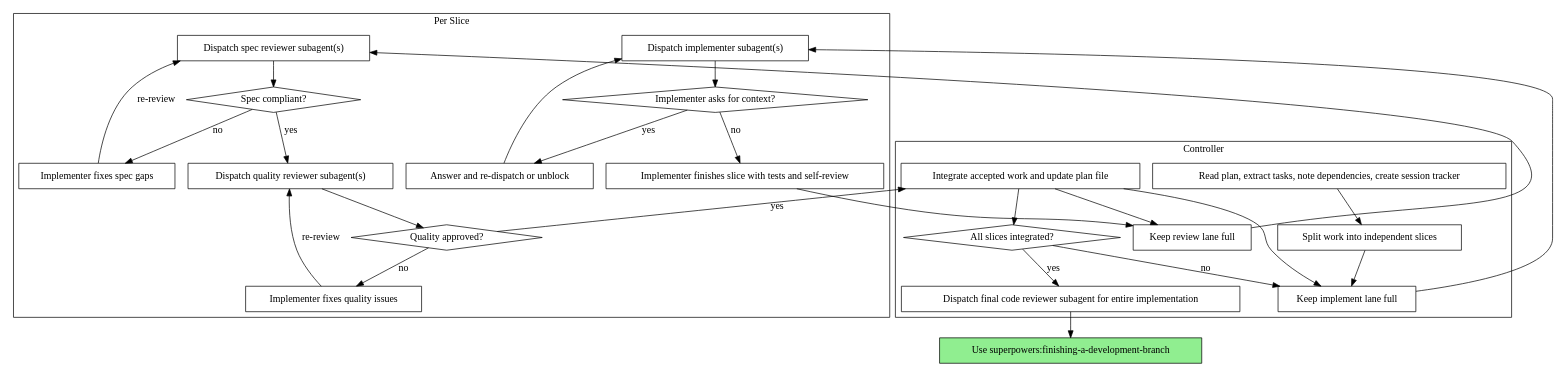
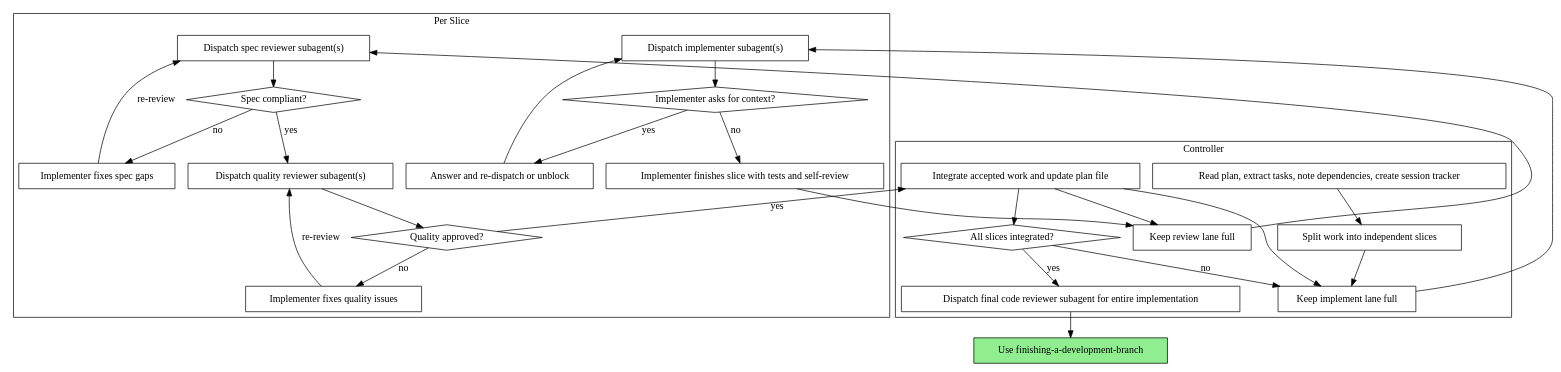
Before and after one commit to builtin-pb/codex-customization: the second of 2 diagrams in home/skills/orchestration/subagent-driven-development/SKILL.md, drawn with Graphviz. The commit also changed other lines of this file and 24 other files, not shown here.

````diff
--- a/home/skills/orchestration/subagent-driven-development/SKILL.md
+++ b/home/skills/orchestration/subagent-driven-development/SKILL.md
@@ -58,56 +58,56 @@
 ```dot
 digraph process {
     rankdir=TB;
 
     subgraph cluster_controller {
         label="Controller";
         "Read plan, extract tasks, note dependencies, create session tracker" [shape=box];
         "Split work into independent slices" [shape=box];
         "Keep implement lane full" [shape=box];
         "Keep review lane full" [shape=box];
         "Integrate accepted work and update plan file" [shape=box];
         "All slices integrated?" [shape=diamond];
         "Dispatch final code reviewer subagent for entire implementation" [shape=box];
     }
 
     subgraph cluster_loop {
         label="Per Slice";
         "Dispatch implementer subagent(s)" [shape=box];
         "Implementer asks for context?" [shape=diamond];
         "Answer and re-dispatch or unblock" [shape=box];
         "Implementer finishes slice with tests and self-review" [shape=box];
         "Dispatch spec reviewer subagent(s)" [shape=box];
         "Spec compliant?" [shape=diamond];
         "Implementer fixes spec gaps" [shape=box];
         "Dispatch quality reviewer subagent(s)" [shape=box];
         "Quality approved?" [shape=diamond];
         "Implementer fixes quality issues" [shape=box];
     }
 
-    "Use superpowers:finishing-a-development-branch" [shape=box style=filled fillcolor=lightgreen];
+    "Use finishing-a-development-branch" [shape=box style=filled fillcolor=lightgreen];
 
     "Read plan, extract tasks, note dependencies, create session tracker" -> "Split work into independent slices";
     "Split work into independent slices" -> "Keep implement lane full";
     "Keep implement lane full" -> "Dispatch implementer subagent(s)";
     "Dispatch implementer subagent(s)" -> "Implementer asks for context?";
     "Implementer asks for context?" -> "Answer and re-dispatch or unblock" [label="yes"];
     "Answer and re-dispatch or unblock" -> "Dispatch implementer subagent(s)";
     "Implementer asks for context?" -> "Implementer finishes slice with tests and self-review" [label="no"];
     "Implementer finishes slice with tests and self-review" -> "Keep review lane full";
     "Keep review lane full" -> "Dispatch spec reviewer subagent(s)";
     "Dispatch spec reviewer subagent(s)" -> "Spec compliant?";
     "Spec compliant?" -> "Implementer fixes spec gaps" [label="no"];
     "Implementer fixes spec gaps" -> "Dispatch spec reviewer subagent(s)" [label="re-review"];
     "Spec compliant?" -> "Dispatch quality reviewer subagent(s)" [label="yes"];
     "Dispatch quality reviewer subagent(s)" -> "Quality approved?";
     "Quality approved?" -> "Implementer fixes quality issues" [label="no"];
     "Implementer fixes quality issues" -> "Dispatch quality reviewer subagent(s)" [label="re-review"];
     "Quality approved?" -> "Integrate accepted work and update plan file" [label="yes"];
     "Integrate accepted work and update plan file" -> "Keep implement lane full";
     "Integrate accepted work and update plan file" -> "Keep review lane full";
     "Integrate accepted work and update plan file" -> "All slices integrated?";
     "All slices integrated?" -> "Keep implement lane full" [label="no"];
     "All slices integrated?" -> "Dispatch final code reviewer subagent for entire implementation" [label="yes"];
-    "Dispatch final code reviewer subagent for entire implementation" -> "Use superpowers:finishing-a-development-branch";
+    "Dispatch final code reviewer subagent for entire implementation" -> "Use finishing-a-development-branch";
 }
 ```
````
